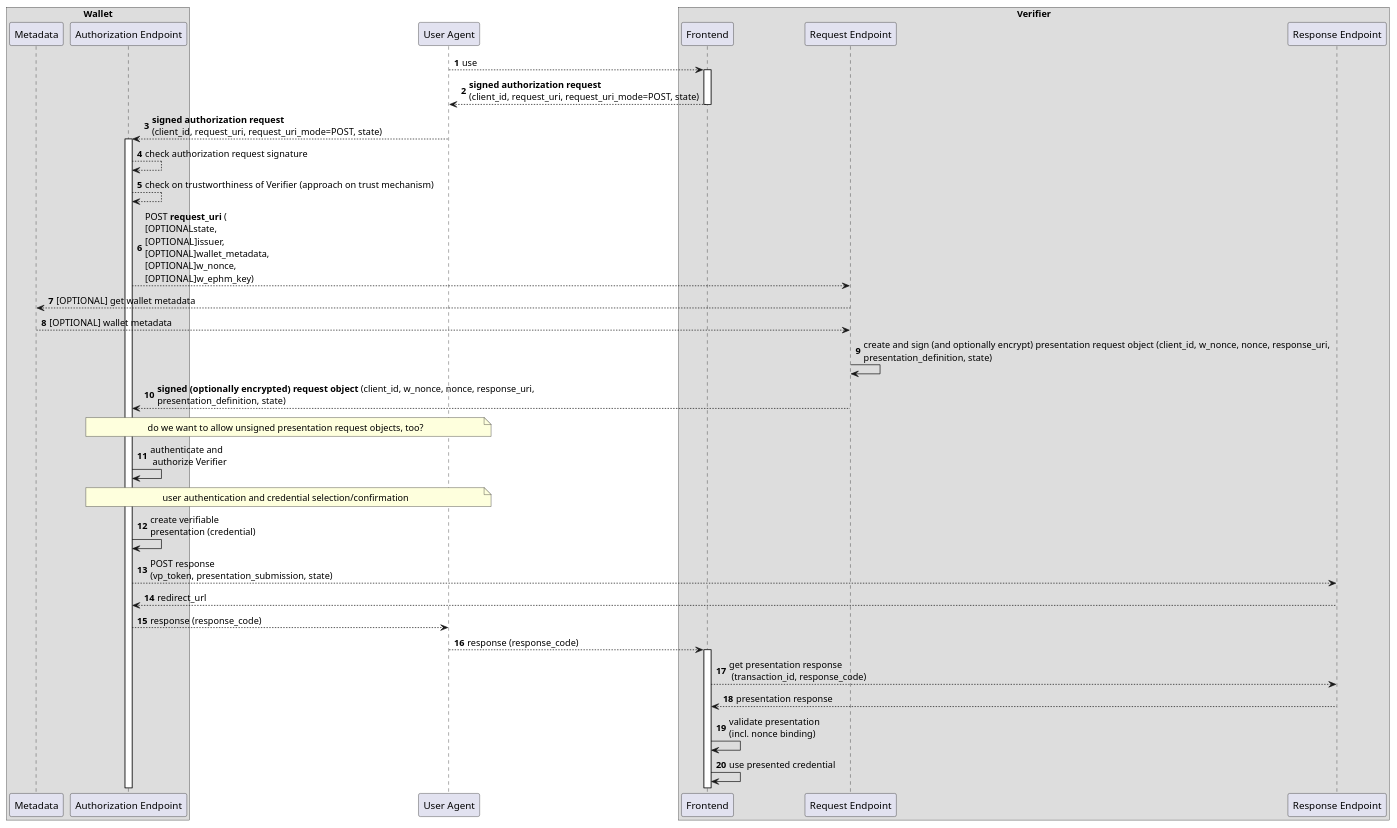
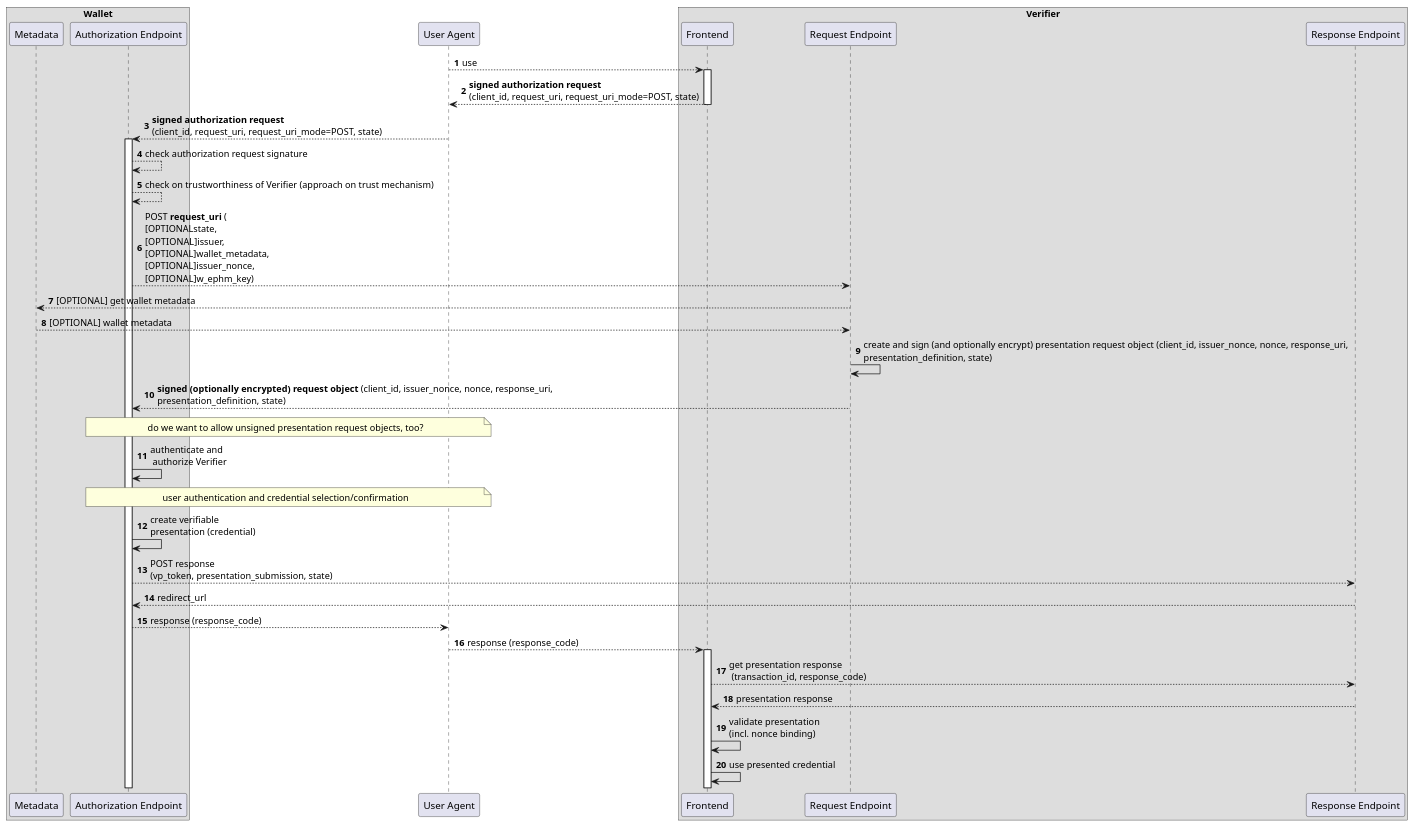
The diagram in diagrams/request_uri_mode_create.md (openid/OpenID4VP), drawn with PlantUML before and after one commit. The commit also changed 1 other file, not shown here.

Commit message:
renamed w_nonce to issuer_nonce

````diff
--- a/diagrams/request_uri_mode_create.md
+++ b/diagrams/request_uri_mode_create.md
@@ -1,49 +1,49 @@
 ```plantuml
 @startuml
 
 autonumber
 
 box "Wallet"
 participant "Metadata" as wm
 participant "Authorization Endpoint" as w
 end box
 
 participant "User Agent" as u
 
 box "Verifier"
 participant "Frontend" as r
 participant "Request Endpoint" as rp
 participant "Response Endpoint" as rb
 end box
 
 u --> r : use
 activate r
 
 r --> u: **signed authorization request**\n(client_id, request_uri, request_uri_mode=POST, state)
 deactivate r
 u --> w: **signed authorization request**\n(client_id, request_uri, request_uri_mode=POST, state)
 activate w
 w --> w: check authorization request signature
 w --> w: check on trustworthiness of Verifier (approach on trust mechanism)
-w --> rp: POST **request_uri** (\n[OPTIONALstate,\n[OPTIONAL]issuer, \n[OPTIONAL]wallet_metadata, \n[OPTIONAL]w_nonce, \n[OPTIONAL]w_ephm_key)
+w --> rp: POST **request_uri** (\n[OPTIONALstate,\n[OPTIONAL]issuer, \n[OPTIONAL]wallet_metadata, \n[OPTIONAL]issuer_nonce, \n[OPTIONAL]w_ephm_key)
 rp --> wm: [OPTIONAL] get wallet metadata
 wm --> rp: [OPTIONAL] wallet metadata
-rp -> rp: create and sign (and optionally encrypt) presentation request object (client_id, w_nonce, nonce, response_uri, \npresentation_definition, state)
-rp --> w: **signed (optionally encrypted) request object** (client_id, w_nonce, nonce, response_uri, \npresentation_definition, state)
+rp -> rp: create and sign (and optionally encrypt) presentation request object (client_id, issuer_nonce, nonce, response_uri, \npresentation_definition, state)
+rp --> w: **signed (optionally encrypted) request object** (client_id, issuer_nonce, nonce, response_uri, \npresentation_definition, state)
 note over u, w: do we want to allow unsigned presentation request objects, too?
 w -> w: authenticate and\n authorize Verifier
 
 note over u, w: user authentication and credential selection/confirmation
 
 w -> w: create verifiable\npresentation (credential)
 w --> rb: POST response \n(vp_token, presentation_submission, state)
 rb --> w: redirect_url
 w --> u: response (response_code)
 u --> r: response (response_code)
 activate r
 r --> rb: get presentation response\n (transaction_id, response_code)
 rb --> r: presentation response
 r -> r: validate presentation \n(incl. nonce binding)
 r -> r: use presented credential 
 @enduml
 ```
````
